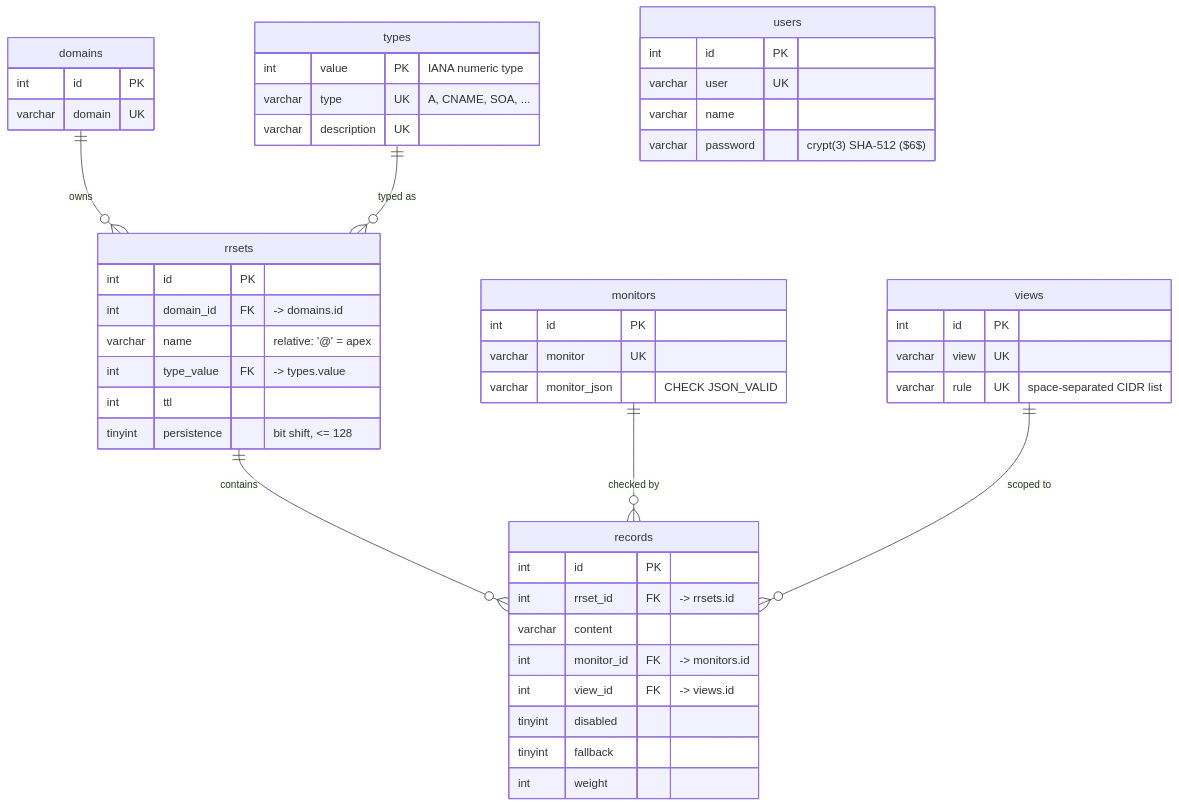
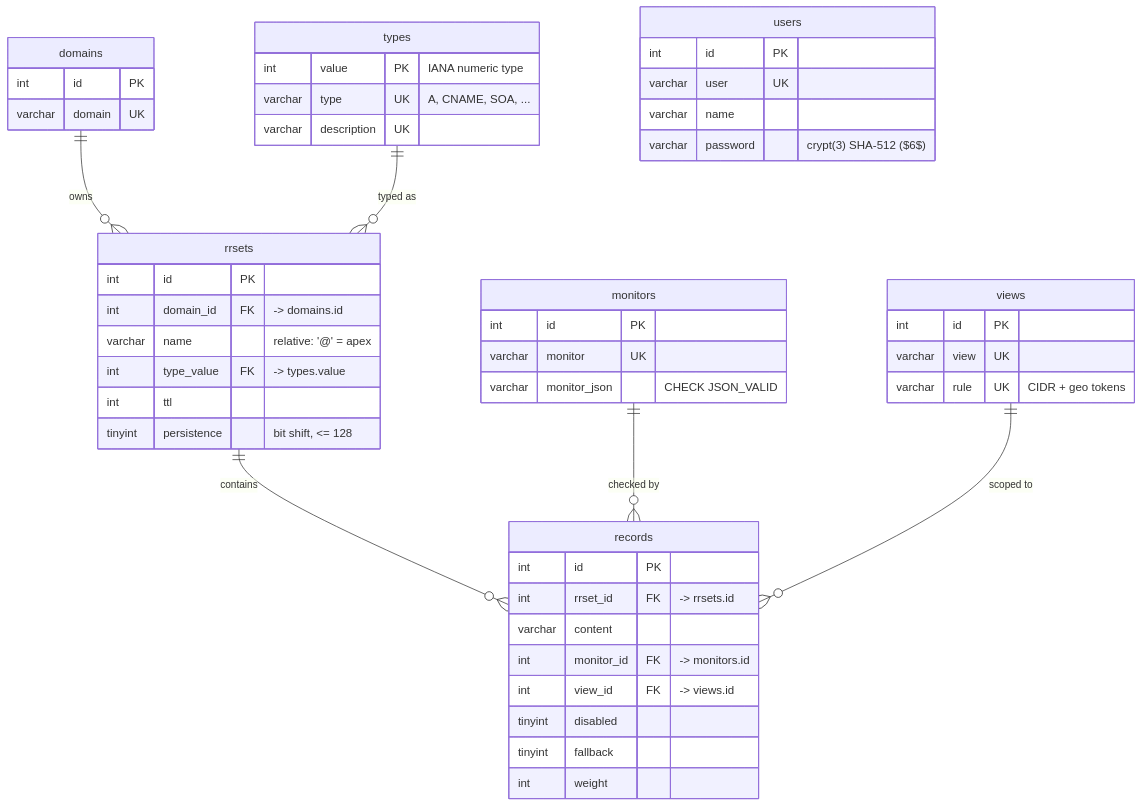
Before and after one commit to acudovs/powergslb: the diagram in database/README.md, drawn with Mermaid. The commit also changed other lines of this file and 22 other files, not shown here.

````diff
--- a/database/README.md
+++ b/database/README.md
@@ -39,52 +39,52 @@
 ```mermaid
 erDiagram
     domains  ||--o{ rrsets   : "owns"
     types    ||--o{ rrsets   : "typed as"
     rrsets   ||--o{ records  : "contains"
     monitors ||--o{ records  : "checked by"
     views    ||--o{ records  : "scoped to"
 
     users {
         int     id        PK
         varchar user      UK
         varchar name
         varchar password  "crypt(3) SHA-512 ($6$)"
     }
     views {
         int     id    PK
         varchar view  UK
-        varchar rule  UK "space-separated CIDR list"
+        varchar rule  UK "CIDR + geo tokens"
     }
     types {
         int     value        PK "IANA numeric type"
         varchar type         UK "A, CNAME, SOA, ..."
         varchar description  UK
     }
     monitors {
         int     id            PK
         varchar monitor       UK
         varchar monitor_json     "CHECK JSON_VALID"
     }
     domains {
         int     id      PK
         varchar domain  UK
     }
     rrsets {
         int     id           PK
         int     domain_id    FK "-> domains.id"
         varchar name            "relative: '@' = apex"
         int     type_value   FK "-> types.value"
         int     ttl
         tinyint persistence     "bit shift, <= 128"
     }
     records {
         int     id          PK
         int     rrset_id    FK "-> rrsets.id"
         varchar content
         int     monitor_id  FK "-> monitors.id"
         int     view_id     FK "-> views.id"
         tinyint disabled
         tinyint fallback
         int     weight
     }
 ```
````
